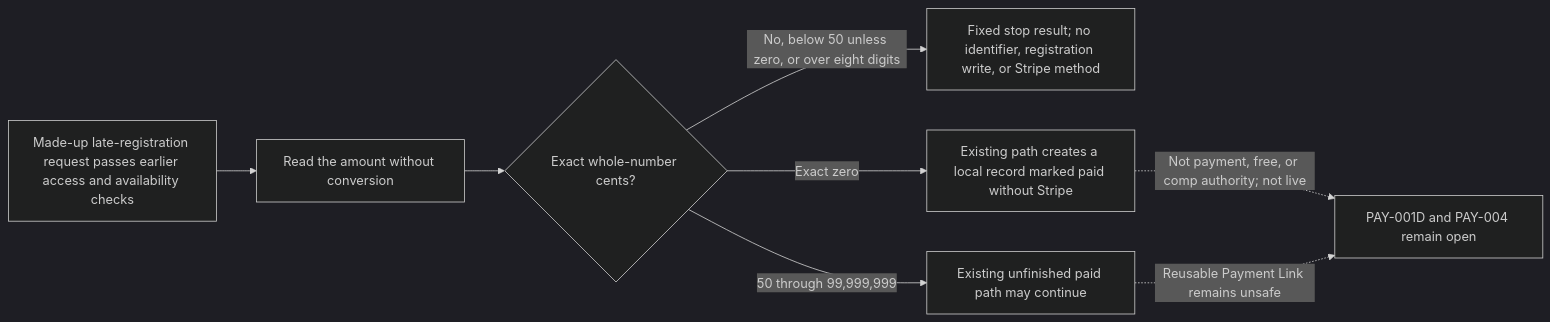
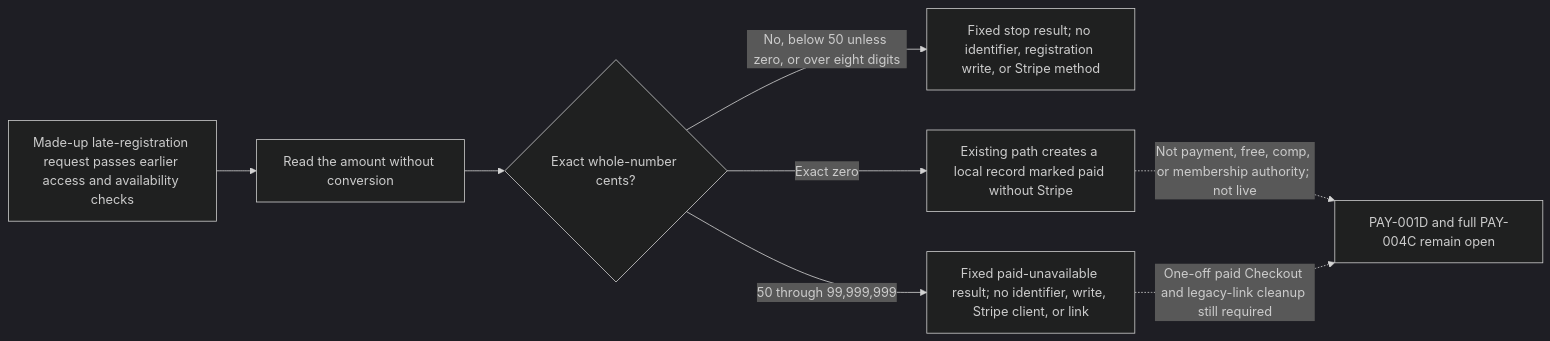
Diagram 12 of 35 in docs/officers/EVENTS_SHOP_MEMBERS.md (Run-MPRC/Run-MPRC.github.io), drawn with Mermaid (dark theme) before and after one commit. The commit also changed other lines of this file and 11 other files, not shown here.

Commit message:
fix: disable reusable late registration payment links (#360)

````diff
--- a/docs/officers/EVENTS_SHOP_MEMBERS.md
+++ b/docs/officers/EVENTS_SHOP_MEMBERS.md
@@ -643,10 +643,10 @@
 ```mermaid
 flowchart LR
     A["Made-up late-registration request passes earlier access and availability checks"] --> B["Read the amount without conversion"]
     B --> C{"Exact whole-number cents?"}
     C -- "No, below 50 unless zero, or over eight digits" --> D["Fixed stop result; no identifier, registration write, or Stripe method"]
     C -- "Exact zero" --> E["Existing path creates a local record marked paid without Stripe"]
-    C -- "50 through 99,999,999" --> F["Existing unfinished paid path may continue"]
-    E -. "Not payment, free, or comp authority; not live" .-> G["PAY-001D and PAY-004 remain open"]
-    F -. "Reusable Payment Link remains unsafe" .-> G
+    C -- "50 through 99,999,999" --> F["Fixed paid-unavailable result; no identifier, write, Stripe client, or link"]
+    E -. "Not payment, free, comp, or membership authority; not live" .-> G["PAY-001D and full PAY-004C remain open"]
+    F -. "One-off paid Checkout and legacy-link cleanup still required" .-> G
 ```
````
